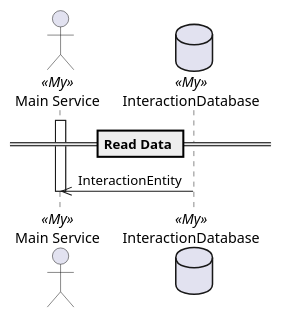
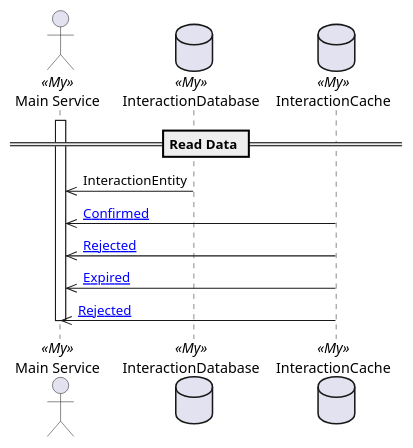
One commit to TypedUseCase/tuc-console changed the diagram in docs/tuc/examples/read-data.puml. Above: the diagram before and after it, drawn with PlantUML. The commit also changed 28 other files, not shown here.

```diff
--- a/docs/tuc/examples/read-data.puml
+++ b/docs/tuc/examples/read-data.puml
@@ -1,13 +1,18 @@
 @startuml read-data
 
 == Read Data ==
 
 actor "Main Service" as MainService <<My>>
 database "InteractionDatabase" as InteractionDatabase <<My>>
+database "InteractionCache" as InteractionCache <<My>>
 
 activate MainService
 InteractionDatabase ->> MainService: InteractionEntity
+InteractionCache ->> MainService: [[{InteractionEvent.Confirmed}Confirmed]]
+InteractionCache ->> MainService: [[{InteractionEvent.Rejected}Rejected]]
+InteractionCache ->> MainService: [[{InteractionEvent.Rejected.Expired}Expired]]
+InteractionCache ->> MainService: [[{InteractionEvent.Rejected.Rejected}Rejected]]
 
 deactivate MainService
 
 @enduml
```
